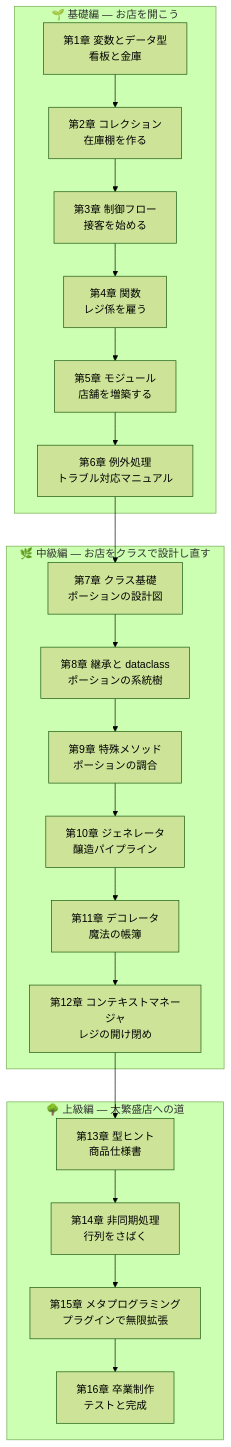
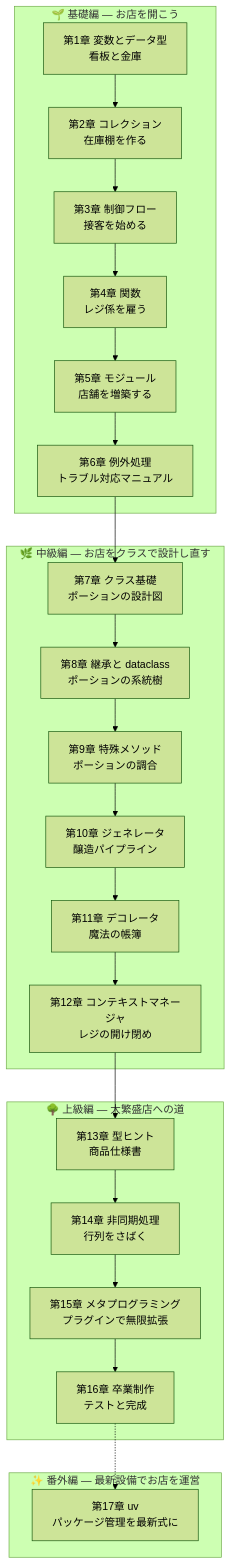
One commit to hiroakisan158/tech-self-study changed the diagram in 02-python-fable-101/README.md. Above: the diagram before and after it, drawn with Mermaid (forest theme). The commit also changed other lines of this file and 1 other file, not shown here.

Commit message:
Add uv package management tutorial to python-fable-101
番外編(第17章)として uv によるパッケージ管理チュートリアルを追加。
第5章(venv/pip)・第16章(pyproject.toml)の知識と接続する構成で、
uv init/add/sync/lock、dev グループ、uvx、Python バージョン管理を解説。
README の学習マップと目次にも番外編を追加。

````diff
--- a/02-python-fable-101/README.md
+++ b/02-python-fable-101/README.md
@@ -19,27 +19,32 @@
 ```mermaid
 flowchart TD
     subgraph 基礎編["🌱 基礎編 — お店を開こう"]
         C1["第1章 変数とデータ型<br/>看板と金庫"] --> C2["第2章 コレクション<br/>在庫棚を作る"]
         C2 --> C3["第3章 制御フロー<br/>接客を始める"]
         C3 --> C4["第4章 関数<br/>レジ係を雇う"]
         C4 --> C5["第5章 モジュール<br/>店舗を増築する"]
         C5 --> C6["第6章 例外処理<br/>トラブル対応マニュアル"]
     end
 
     subgraph 中級編["🌿 中級編 — お店をクラスで設計し直す"]
         C7["第7章 クラス基礎<br/>ポーションの設計図"] --> C8["第8章 継承と dataclass<br/>ポーションの系統樹"]
         C8 --> C9["第9章 特殊メソッド<br/>ポーションの調合"]
         C9 --> C10["第10章 ジェネレータ<br/>醸造パイプライン"]
         C10 --> C11["第11章 デコレータ<br/>魔法の帳簿"]
         C11 --> C12["第12章 コンテキストマネージャ<br/>レジの開け閉め"]
     end
 
     subgraph 上級編["🌳 上級編 — 大繁盛店への道"]
         C13["第13章 型ヒント<br/>商品仕様書"] --> C14["第14章 非同期処理<br/>行列をさばく"]
         C14 --> C15["第15章 メタプログラミング<br/>プラグインで無限拡張"]
         C15 --> C16["第16章 卒業制作<br/>テストと完成"]
     end
 
+    subgraph 番外編["✨ 番外編 — 最新設備でお店を運営"]
+        A17["第17章 uv<br/>パッケージ管理を最新式に"]
+    end
+
     C6 --> C7
     C12 --> C13
+    C16 -.-> A17
 ```
````
